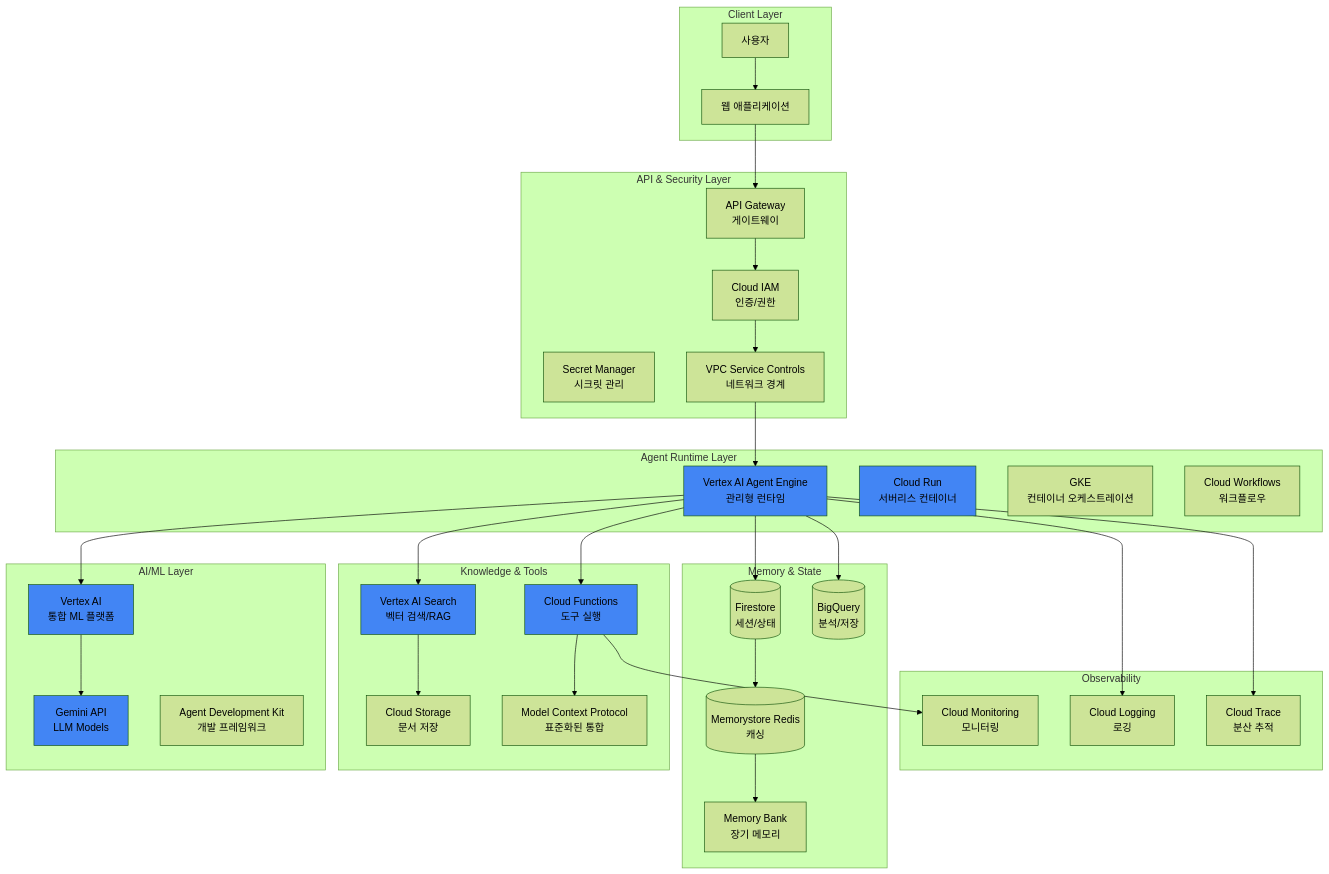
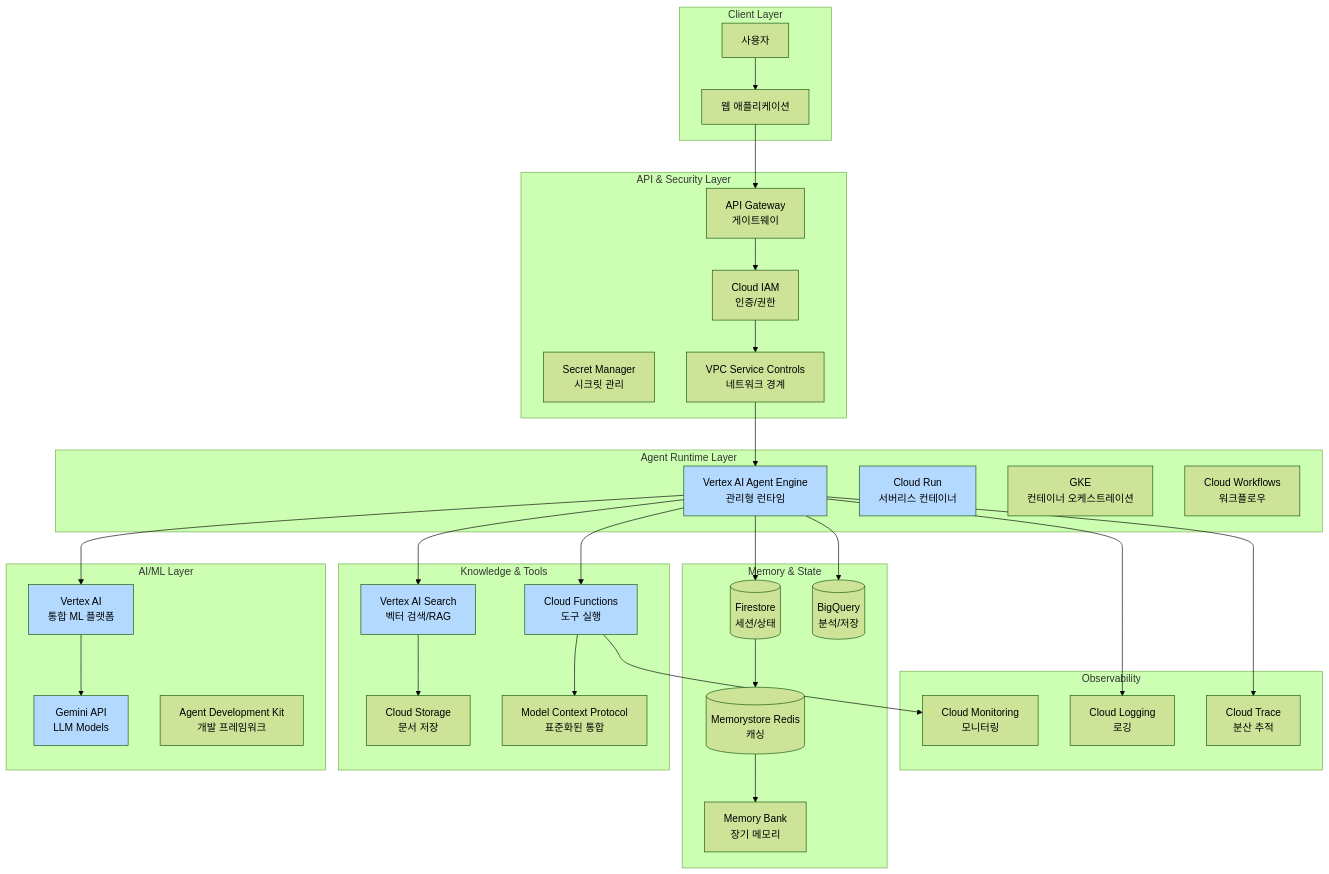
The first of 4 diagrams in Agent_Architecture/GCP/GCP_AI_Agent_Architecture_Best_Practices.md (skax-hisover/AI-Agent-Architecture), drawn with Mermaid (forest theme) before and after one commit. The commit also changed other lines of this file and 2 other files, not shown here.

Commit message:
각 CSP별 AI Agent 아키텍처 구성도 업데이트

````diff
--- a/Agent_Architecture/GCP/GCP_AI_Agent_Architecture_Best_Practices.md
+++ b/Agent_Architecture/GCP/GCP_AI_Agent_Architecture_Best_Practices.md
@@ -333,73 +333,73 @@
 ```mermaid
 graph TB
     subgraph "Client Layer"
         User[사용자]
         WebApp[웹 애플리케이션]
     end
     
     subgraph "API & Security Layer"
         APIGW[API Gateway<br/>게이트웨이]
         IAM[Cloud IAM<br/>인증/권한]
         SecretMgr[Secret Manager<br/>시크릿 관리]
         VPSC[VPC Service Controls<br/>네트워크 경계]
     end
     
     subgraph "Agent Runtime Layer"
         AgentEngine[Vertex AI Agent Engine<br/>관리형 런타임]
         CloudRun[Cloud Run<br/>서버리스 컨테이너]
         GKE[GKE<br/>컨테이너 오케스트레이션]
         Workflows[Cloud Workflows<br/>워크플로우]
     end
     
     subgraph "AI/ML Layer"
         VertexAI[Vertex AI<br/>통합 ML 플랫폼]
         Gemini[Gemini API<br/>LLM Models]
         ADK[Agent Development Kit<br/>개발 프레임워크]
     end
     
     subgraph "Knowledge & Tools"
         VertexSearch[Vertex AI Search<br/>벡터 검색/RAG]
         CloudStorage[Cloud Storage<br/>문서 저장]
         CloudFunctions[Cloud Functions<br/>도구 실행]
         MCP[Model Context Protocol<br/>표준화된 통합]
     end
     
     subgraph "Memory & State"
         Firestore[(Firestore<br/>세션/상태)]
         Memorystore[(Memorystore Redis<br/>캐싱)]
         MemoryBank[Memory Bank<br/>장기 메모리]
         BigQuery[(BigQuery<br/>분석/저장)]
     end
     
     subgraph "Observability"
         Logging[Cloud Logging<br/>로깅]
         Monitoring[Cloud Monitoring<br/>모니터링]
         Trace[Cloud Trace<br/>분산 추적]
     end
     
     User --> WebApp
     WebApp --> APIGW
     APIGW --> IAM
     IAM --> VPSC
     VPSC --> AgentEngine
     AgentEngine --> VertexAI
     VertexAI --> Gemini
     AgentEngine --> VertexSearch
     AgentEngine --> CloudFunctions
     VertexSearch --> CloudStorage
     CloudFunctions --> MCP
     AgentEngine --> Firestore
     Firestore --> Memorystore
     Memorystore --> MemoryBank
     AgentEngine --> BigQuery
     AgentEngine --> Logging
     CloudFunctions --> Monitoring
     AgentEngine --> Trace
     
-    style VertexAI fill:#4285F4
-    style AgentEngine fill:#4285F4
-    style VertexSearch fill:#4285F4
-    style Gemini fill:#4285F4
-    style CloudRun fill:#4285F4
-    style CloudFunctions fill:#4285F4
+    style VertexAI fill:#B3D9FF
+    style AgentEngine fill:#B3D9FF
+    style VertexSearch fill:#B3D9FF
+    style Gemini fill:#B3D9FF
+    style CloudRun fill:#B3D9FF
+    style CloudFunctions fill:#B3D9FF
 ```
````
